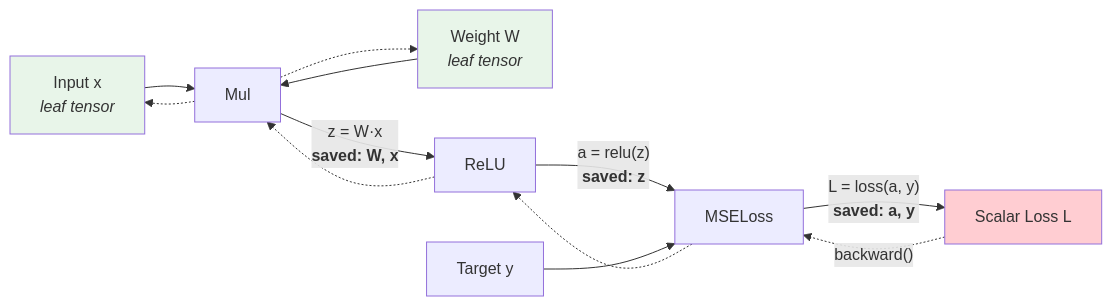
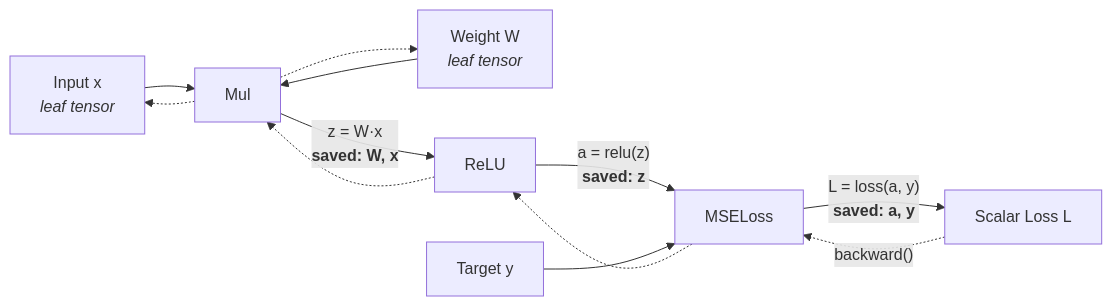
Before and after one commit to ImadDabbura/imaddabbura.github.io: the third of 7 diagrams in posts/mlsys/dl-systems.qmd, drawn with Mermaid. The commit also changed other lines of this file and 19 other files, not shown here.

````diff
--- a/posts/mlsys/dl-systems.qmd
+++ b/posts/mlsys/dl-systems.qmd
@@ -119,20 +100,17 @@
 ```{mermaid}
-%%| fig-cap: "What the autograd engine saves during a forward pass - every intermediate result and its creator must be retained for backward"
+%%| fig-cap: "What the autograd engine saves during a forward pass: every intermediate result and its creator must be retained for backward"
 flowchart LR
     x["Input x<br/><i>leaf tensor</i>"] --> mul["Mul"]
     w["Weight W<br/><i>leaf tensor</i>"] --> mul
     mul --> |"z = W·x<br/><b>saved: W, x</b>"| act["ReLU"]
     act --> |"a = relu(z)<br/><b>saved: z</b>"| loss_fn["MSELoss"]
     y["Target y"] --> loss_fn
     loss_fn --> |"L = loss(a, y)<br/><b>saved: a, y</b>"| L["Scalar Loss L"]
 
     L -.-> |"backward()"| loss_fn
     loss_fn -.-> act
     act -.-> mul
     mul -.-> x
     mul -.-> w
 
-    style x fill:#e8f5e9
-    style w fill:#e8f5e9
-    style L fill:#ffcdd2
 ```
````
